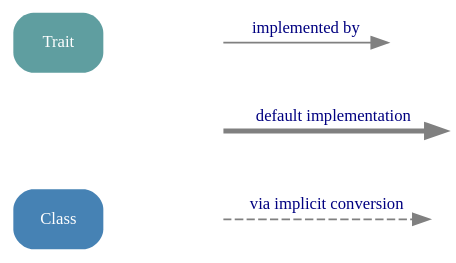
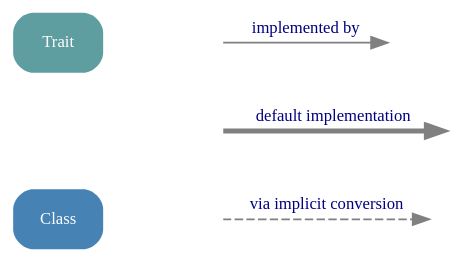
One commit to sirthias/scala-collections-charts changed the diagram in src/legend.dot. Above: the diagram before and after it, drawn with Graphviz. The commit also changed 3 other files, not shown here.

```diff
--- a/src/legend.dot
+++ b/src/legend.dot
@@ -1,33 +1,33 @@
 // dot graphs for the Scala 2.8 Collections API
 // legend
 // (C) 2010 by Mathias
 
 digraph legend {
   bgcolor=transparent
   ranksep=0
   
   // layout help
-  node [shape=plaintext, style=invis]
+  node [shape=point, style=invis]
   edge [style=invis]
   Level0 -> Level1 -> Level2
   
   // node definitions
   node [shape=box, style="rounded, filled", fontname=tahoma, fontsize=10, fontcolor=white, color=none]
   Trait [fillcolor=cadetblue]
   Class [fillcolor=steelblue]
   
   // invisible nodes
   node [shape=plaintext, style=invis]
   Spacer; A; B; C; D; E; F
   
   // edges
   edge [style=solid, color=gray, fontname=tahoma, fontsize=10, fontcolor=navy]
   A -> B [label=" implemented by "]
   C -> D [penwidth=3, label=" default implementation "]
   E -> F [style=dashed, label=" via implicit conversion "]
 
   // layout
   { rank=same; Level0; Trait; A; B; }
   { rank=same; Level1; Spacer; C; D; }
   { rank=same; Level2; Class; E; F }
 }
```
